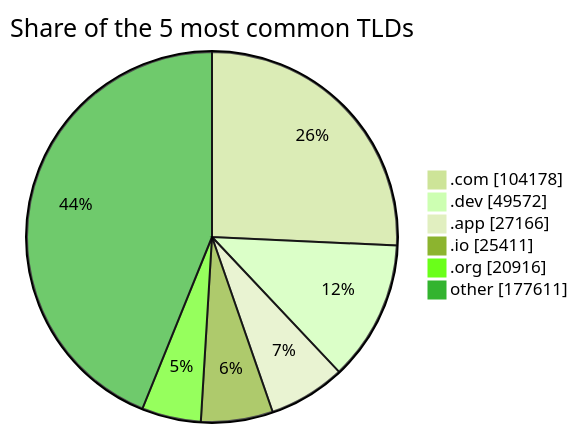
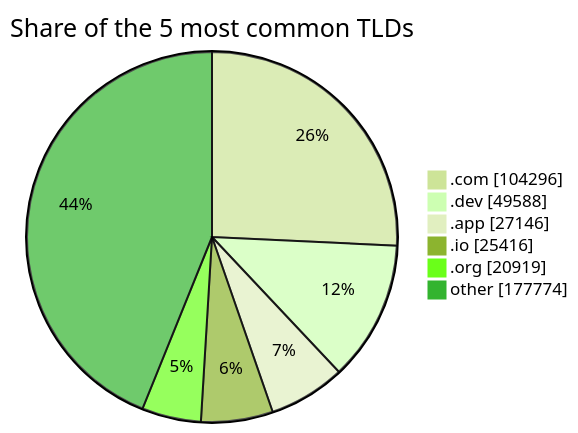
Before and after one commit to DNSBunker/CTI: the third of 3 diagrams in README.md, drawn with Mermaid (forest theme). The commit also changed other lines of this file and 3 other files, not shown here.

````diff
--- a/README.md
+++ b/README.md
@@ -81,9 +81,9 @@
 ```mermaid
 pie showData title Share of the 5 most common TLDs
-    ".com" : 104178
-    ".dev" : 49572
-    ".app" : 27166
-    ".io" : 25411
-    ".org" : 20916
-    "other" : 177611
+    ".com" : 104296
+    ".dev" : 49588
+    ".app" : 27146
+    ".io" : 25416
+    ".org" : 20919
+    "other" : 177774
 ```
````
